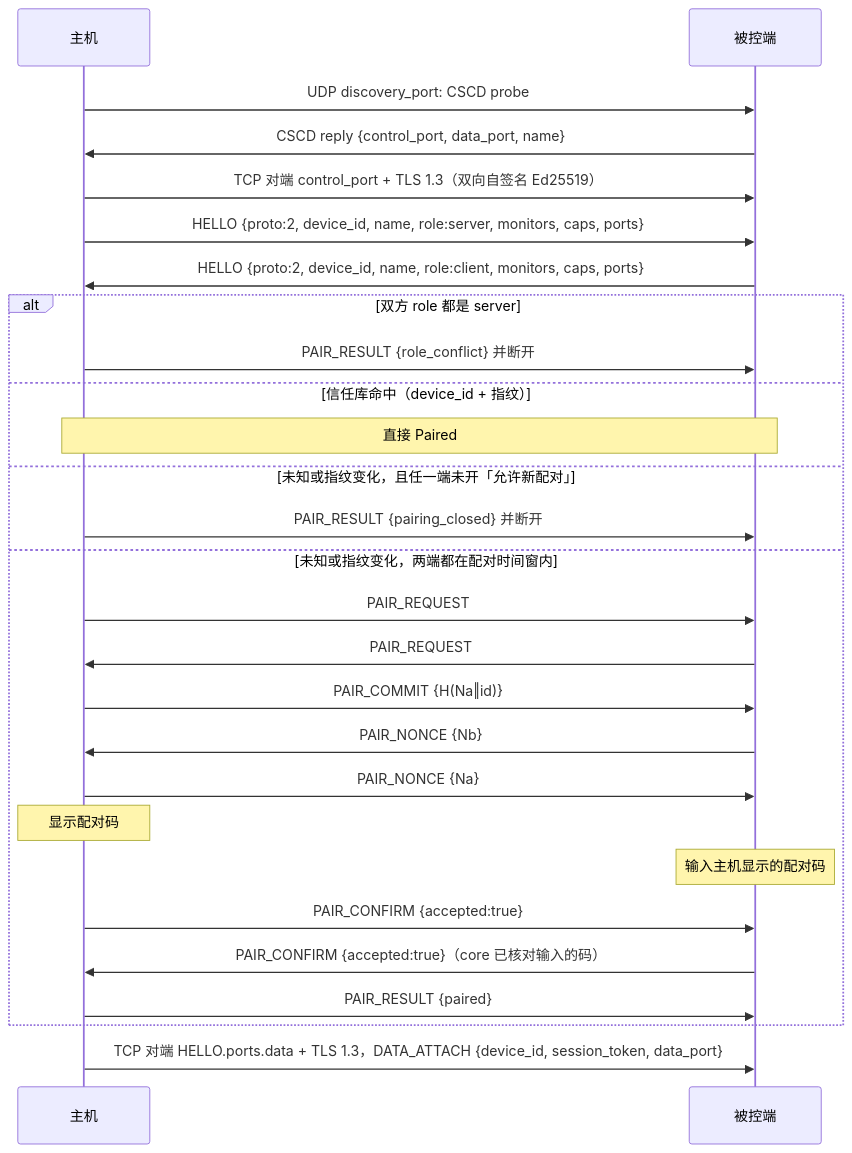
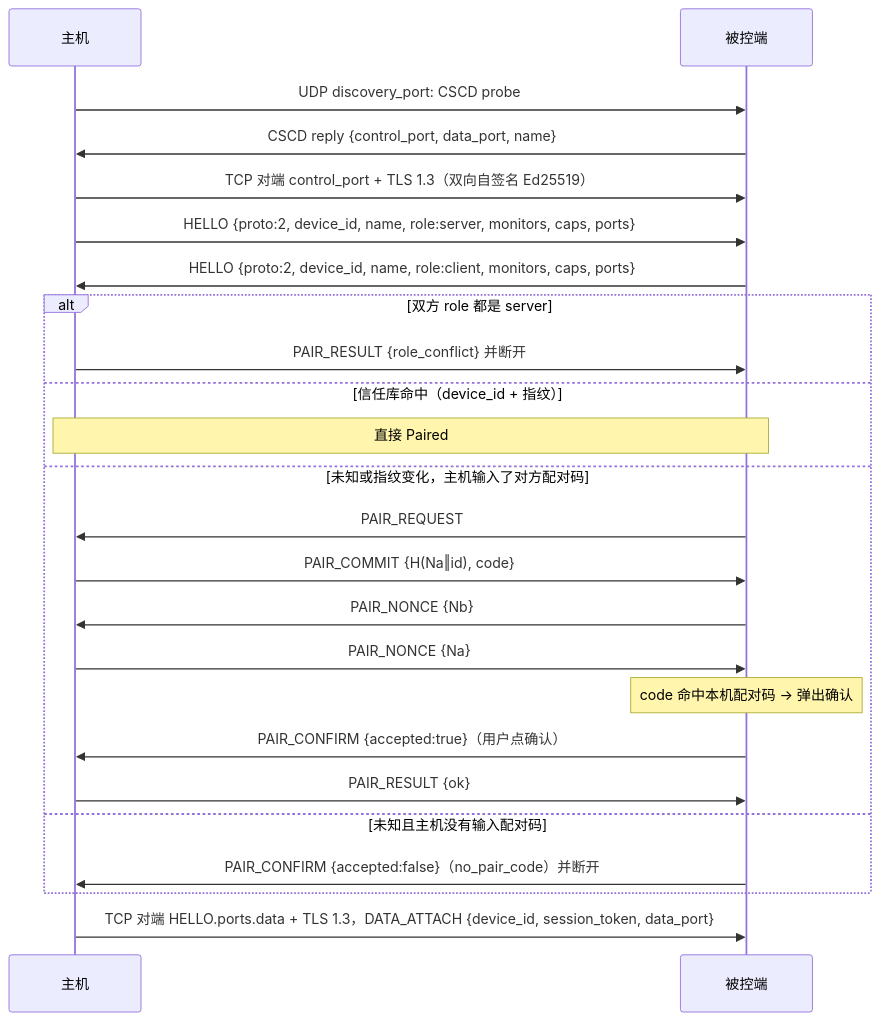
One commit to HadyLiu/Cross-SystemConnect changed the seventh of 12 diagrams in Doc/架构设计.md. Above: the diagram before and after it, drawn with Mermaid. The commit also changed other lines of this file and 51 other files, not shown here.

````diff
--- a/Doc/架构设计.md
+++ b/Doc/架构设计.md
@@ -752,29 +765,26 @@
 ```mermaid
 sequenceDiagram
     participant S as 主机
     participant C as 被控端
     S->>C: UDP discovery_port: CSCD probe
     C->>S: CSCD reply {control_port, data_port, name}
     S->>C: TCP 对端 control_port + TLS 1.3（双向自签名 Ed25519）
     S->>C: HELLO {proto:2, device_id, name, role:server, monitors, caps, ports}
     C->>S: HELLO {proto:2, device_id, name, role:client, monitors, caps, ports}
     alt 双方 role 都是 server
       S->>C: PAIR_RESULT {role_conflict} 并断开
     else 信任库命中（device_id + 指纹）
       Note over S,C: 直接 Paired
-    else 未知或指纹变化，且任一端未开「允许新配对」
-      S->>C: PAIR_RESULT {pairing_closed} 并断开
-    else 未知或指纹变化，两端都在配对时间窗内
-      S->>C: PAIR_REQUEST
+    else 未知或指纹变化，主机输入了对方配对码
       C->>S: PAIR_REQUEST
-      S->>C: PAIR_COMMIT {H(Na‖id)}
+      S->>C: PAIR_COMMIT {H(Na‖id), code}
       C->>S: PAIR_NONCE {Nb}
       S->>C: PAIR_NONCE {Na}
-      Note over S: 显示配对码
-      Note over C: 输入主机显示的配对码
-      S->>C: PAIR_CONFIRM {accepted:true}
-      C->>S: PAIR_CONFIRM {accepted:true}（core 已核对输入的码）
-      S->>C: PAIR_RESULT {paired}
+      Note over C: code 命中本机配对码 → 弹出确认
+      C->>S: PAIR_CONFIRM {accepted:true}（用户点确认）
+      S->>C: PAIR_RESULT {ok}
+    else 未知且主机没有输入配对码
+      C->>S: PAIR_CONFIRM {accepted:false}（no_pair_code）并断开
     end
     S->>C: TCP 对端 HELLO.ports.data + TLS 1.3，DATA_ATTACH {device_id, session_token, data_port}
 ```
````
